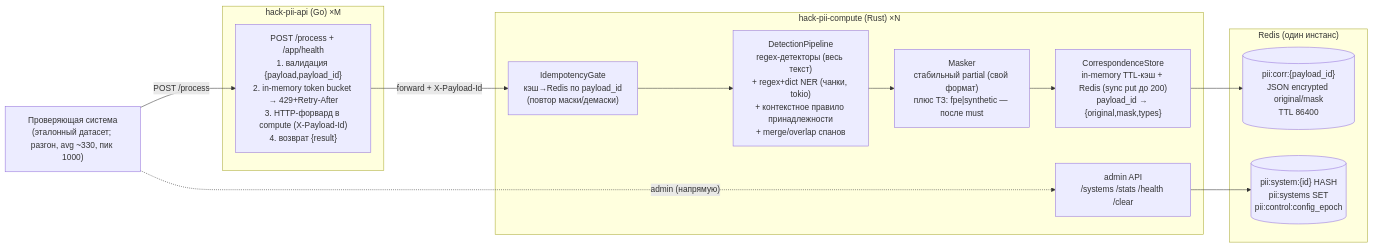
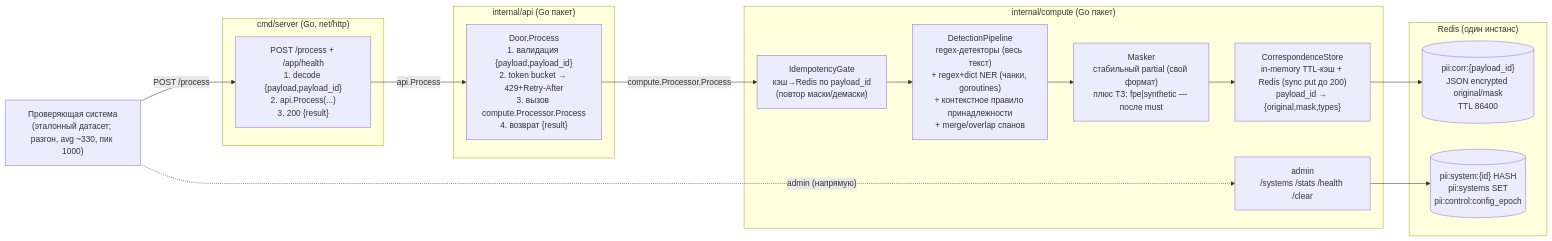
The first of 2 diagrams in hack.md (vladushka2000/balancer), drawn with Mermaid before and after one commit. The commit also changed other lines of this file and 82 other files, not shown here.

````diff
--- a/hack.md
+++ b/hack.md
@@ -146,28 +162,33 @@
 ```mermaid
 graph LR
     CHK["Проверяющая система\n(эталонный датасет; разгон, avg ~330, пик 1000)"]
 
-    subgraph apiPods["hack-pii-api (Go) ×M"]
-        API["POST /process + /app/health\n1. валидация {payload,payload_id}\n2. in-memory token bucket → 429+Retry-After\n3. HTTP-форвард в compute (X-Payload-Id)\n4. возврат {result}"]
+    subgraph app["cmd/server (Go, net/http)"]
+        HTTP["POST /process + /app/health\n1. decode {payload,payload_id}\n2. api.Process(...)\n3. 200 {result}"]
     end
 
-    subgraph computePods["hack-pii-compute (Rust) ×N"]
+    subgraph apiPkg["internal/api (Go пакет)"]
+        API["Door.Process\n1. валидация {payload,payload_id}\n2. token bucket → 429+Retry-After\n3. вызов compute.Processor.Process\n4. возврат {result}"]
+    end
+
+    subgraph computePkg["internal/compute (Go пакет)"]
         IDEM["IdempotencyGate\nкэш→Redis по payload_id\n(повтор маски/демаски)"]
-        DET["DetectionPipeline\nregex-детекторы (весь текст)\n+ regex+dict NER (чанки, tokio)\n+ контекстное правило принадлежности\n+ merge/overlap спанов"]
+        DET["DetectionPipeline\nregex-детекторы (весь текст)\n+ regex+dict NER (чанки, goroutines)\n+ контекстное правило принадлежности\n+ merge/overlap спанов"]
         MSK["Masker\nстабильный partial (свой формат)\nплюс ТЗ: fpe|synthetic — после must"]
         STORE["CorrespondenceStore\nin-memory TTL-кэш + Redis (sync put до 200)\npayload_id → {original,mask,types}"]
-        ADMIN["admin API\n/systems /stats /health /clear"]
+        ADMIN["admin\n/systems /stats /health /clear"]
     end
 
     subgraph redis["Redis (один инстанс)"]
         C1[("pii:corr:{payload_id}\nJSON encrypted original/mask\nTTL 86400")]
         C2[("pii:system:{id} HASH\npii:systems SET\npii:control:config_epoch")]
     end
 
-    CHK -->|"POST /process"| API
-    API -->|"forward + X-Payload-Id"| IDEM
+    CHK -->|"POST /process"| HTTP
+    HTTP -->|"api.Process"| API
+    API -->|"compute.Processor.Process"| IDEM
     IDEM --> DET --> MSK --> STORE
     STORE --> C1
     ADMIN --> C2
     CHK -.->|"admin (напрямую)"| ADMIN
 ```
````
